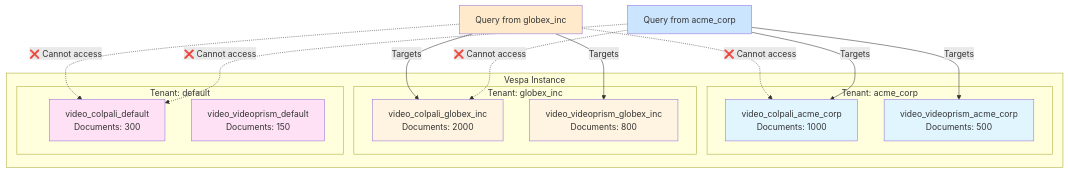
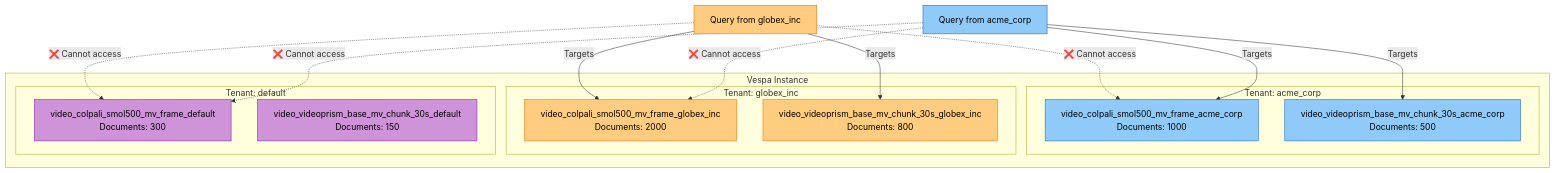
The sixth of 19 diagrams in docs/diagrams/multi-tenant-diagrams.md (amit-jain/cogniverse), drawn with Mermaid before and after one commit. The commit also changed other lines of this file and 83 other files, not shown here.

First line of the commit message:
Fix documentation veracity, formatting, and diagrams across all modules

````diff
--- a/docs/diagrams/multi-tenant-diagrams.md
+++ b/docs/diagrams/multi-tenant-diagrams.md
@@ -229,38 +261,38 @@
 ```mermaid
-graph TB
+flowchart TB
     subgraph "Vespa Instance"
         subgraph "Tenant: acme_corp"
-            SchemaA1[video_colpali_acme_corp<br/>Documents: 1000]
-            SchemaA2[video_videoprism_acme_corp<br/>Documents: 500]
+            SchemaA1["<span style='color:#000'>video_colpali_smol500_mv_frame_acme_corp<br/>Documents: 1000</span>"]
+            SchemaA2["<span style='color:#000'>video_videoprism_base_mv_chunk_30s_acme_corp<br/>Documents: 500</span>"]
         end
 
         subgraph "Tenant: globex_inc"
-            SchemaB1[video_colpali_globex_inc<br/>Documents: 2000]
-            SchemaB2[video_videoprism_globex_inc<br/>Documents: 800]
+            SchemaB1["<span style='color:#000'>video_colpali_smol500_mv_frame_globex_inc<br/>Documents: 2000</span>"]
+            SchemaB2["<span style='color:#000'>video_videoprism_base_mv_chunk_30s_globex_inc<br/>Documents: 800</span>"]
         end
 
         subgraph "Tenant: default"
-            SchemaC1[video_colpali_default<br/>Documents: 300]
-            SchemaC2[video_videoprism_default<br/>Documents: 150]
+            SchemaC1["<span style='color:#000'>video_colpali_smol500_mv_frame_default<br/>Documents: 300</span>"]
+            SchemaC2["<span style='color:#000'>video_videoprism_base_mv_chunk_30s_default<br/>Documents: 150</span>"]
         end
     end
 
-    QueryA[Query from acme_corp] -->|Targets| SchemaA1
+    QueryA["<span style='color:#000'>Query from acme_corp</span>"] -->|Targets| SchemaA1
     QueryA -->|Targets| SchemaA2
     QueryA -.->|❌ Cannot access| SchemaB1
     QueryA -.->|❌ Cannot access| SchemaC1
 
-    QueryB[Query from globex_inc] -->|Targets| SchemaB1
+    QueryB["<span style='color:#000'>Query from globex_inc</span>"] -->|Targets| SchemaB1
     QueryB -->|Targets| SchemaB2
     QueryB -.->|❌ Cannot access| SchemaA1
     QueryB -.->|❌ Cannot access| SchemaC1
 
-    style SchemaA1 fill:#e1f5ff
-    style SchemaA2 fill:#e1f5ff
-    style SchemaB1 fill:#fff4e1
-    style SchemaB2 fill:#fff4e1
-    style SchemaC1 fill:#ffe1f5
-    style SchemaC2 fill:#ffe1f5
-    style QueryA fill:#cce5ff
-    style QueryB fill:#ffebcc
+    style SchemaA1 fill:#90caf9,stroke:#1565c0,color:#000
+    style SchemaA2 fill:#90caf9,stroke:#1565c0,color:#000
+    style SchemaB1 fill:#ffcc80,stroke:#ef6c00,color:#000
+    style SchemaB2 fill:#ffcc80,stroke:#ef6c00,color:#000
+    style SchemaC1 fill:#ce93d8,stroke:#7b1fa2,color:#000
+    style SchemaC2 fill:#ce93d8,stroke:#7b1fa2,color:#000
+    style QueryA fill:#90caf9,stroke:#1565c0,color:#000
+    style QueryB fill:#ffcc80,stroke:#ef6c00,color:#000
 ```
````
